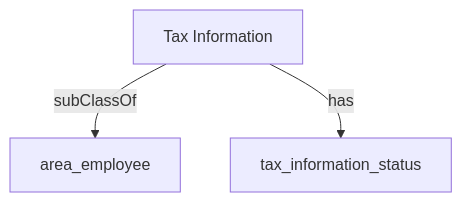
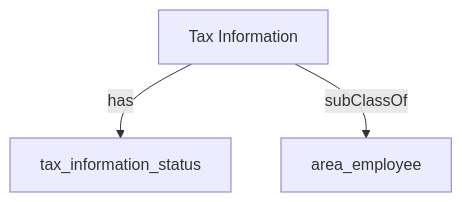
One commit to heidingaway/heidi2 changed the diagram in content/hr_data_model/tax_information.md. Above: the diagram before and after it, drawn with Mermaid. The commit also changed other lines of this file and 350 other files, not shown here.

````diff
--- a/content/hr_data_model/tax_information.md
+++ b/content/hr_data_model/tax_information.md
@@ -19,8 +20,8 @@
 ```mermaid
 graph TD
   Tax_Information["Tax Information"]:::current-page-node
   area_employee["area_employee"]
   tax_information_status["tax_information_status"]
+  Tax_Information-->|" has "|tax_information_status
   Tax_Information-->|" subClassOf "|area_employee
-  Tax_Information-->|" has "|tax_information_status
 ```
````
